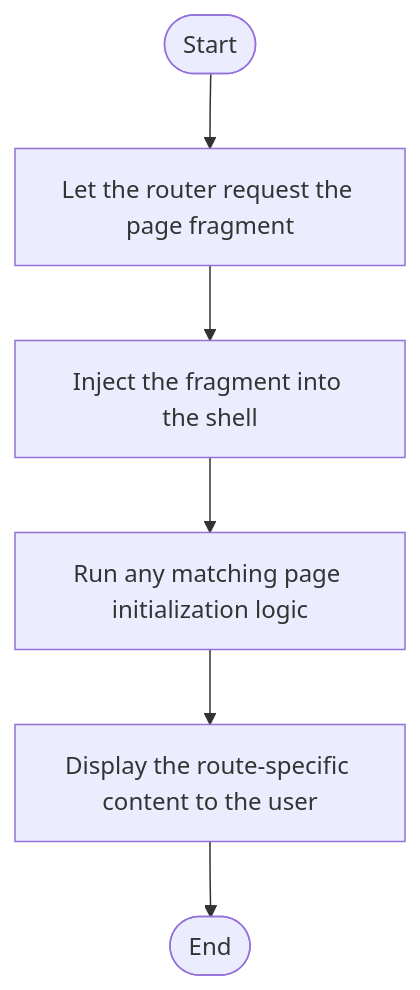
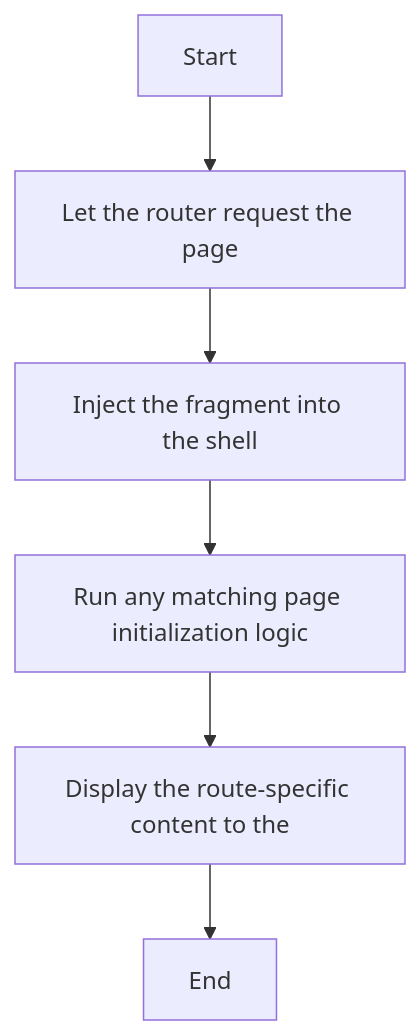
Before and after one commit to JohnAndrewBalbarosa/NeoTerritory: the diagram in docs/Codebase/Frontend/pages/dashboard.html.md, drawn with Mermaid. The commit also changed other lines of this file and 752 other files, not shown here.

````diff
--- a/docs/Codebase/Frontend/pages/dashboard.html.md
+++ b/docs/Codebase/Frontend/pages/dashboard.html.md
@@ -29,14 +22,14 @@
 ```mermaid
 flowchart TD
-    Start([Start])
-    N0[Let the router request the page fragment]
-    N1[Inject the fragment into the shell]
-    N2[Run any matching page initialization logic]
-    N3[Display the route-specific content to the user]
-    End([End])
+    Start["Start"]
+    N0["Let the router request the page"]
+    N1["Inject the fragment into the shell"]
+    N2["Run any matching page initialization logic"]
+    N3["Display the route-specific content to the"]
+    End["End"]
     Start --> N0
     N0 --> N1
     N1 --> N2
     N2 --> N3
     N3 --> End
 ```
````
